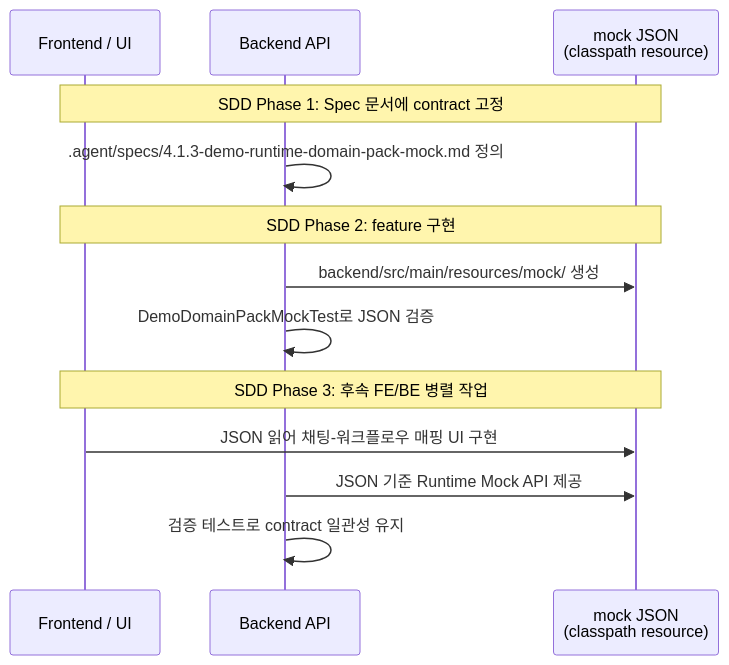
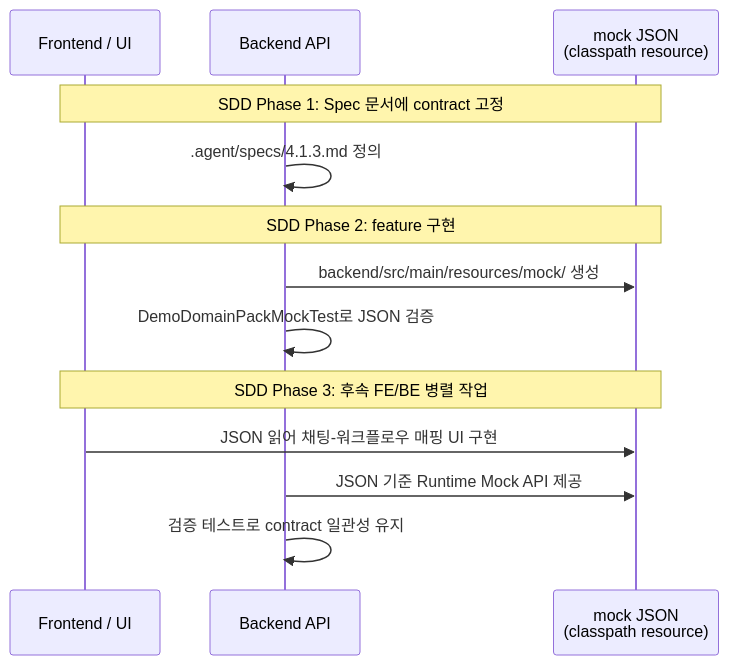
The diagram in .agent/specs/4.1.3.md (ajou-2026-1-capstone-5/ostone), drawn with Mermaid before and after one commit. The commit also changed other lines of this file, not shown here.

Commit message:
fix(spec): resolve review feedback - binding ID range and filename reference
- Remove 'binding 160-167' from ID range table (no top-level binding collection)
- Add inline binding explanation (intent.requiredSlotIds, intent.workflowId)
- Fix sequence diagram filename reference (4.1.3-demo-runtime-domain-pack-mock.md → 4.1.3.md)

````diff
--- a/.agent/specs/4.1.3.md
+++ b/.agent/specs/4.1.3.md
@@ -23,18 +23,18 @@
 ```mermaid
 sequenceDiagram
     participant fe as Frontend / UI
     participant be as Backend API
     participant mock as mock JSON<br/>(classpath resource)
 
     Note over fe,mock: SDD Phase 1: Spec 문서에 contract 고정
-    be ->> be: .agent/specs/4.1.3-demo-runtime-domain-pack-mock.md 정의
+    be ->> be: .agent/specs/4.1.3.md 정의
 
     Note over fe,mock: SDD Phase 2: feature 구현
     be ->> mock: backend/src/main/resources/mock/ 생성
     be ->> be: DemoDomainPackMockTest로 JSON 검증
 
     Note over fe,mock: SDD Phase 3: 후속 FE/BE 병렬 작업
     fe ->> mock: JSON 읽어 채팅-워크플로우 매핑 UI 구현
     be ->> mock: JSON 기준 Runtime Mock API 제공
     be ->> be: 검증 테스트로 contract 일관성 유지
 ```
````
